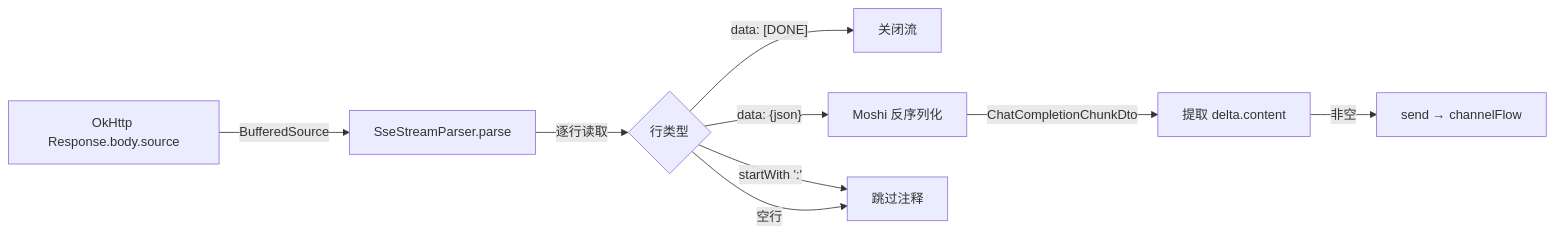
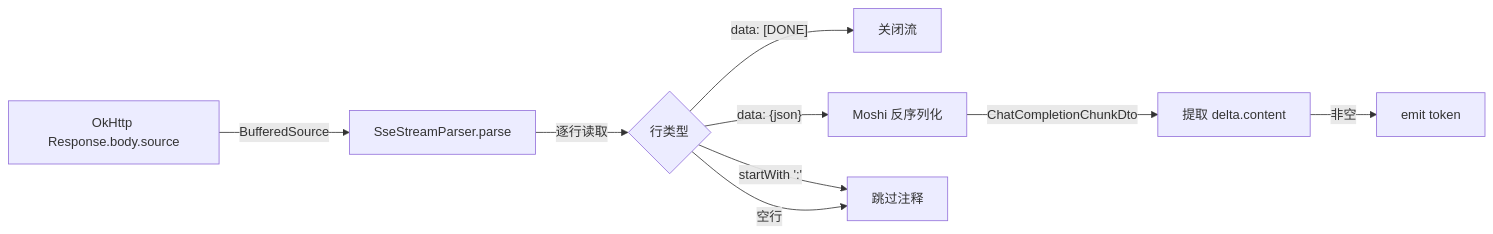
One commit to stuid-maker/pocketpdf-android changed diagram 13 of 21 in docs/ARCHITECTURE.md. Above: the diagram before and after it, drawn with Mermaid. The commit also changed other lines of this file and 33 other files, not shown here.

````diff
--- a/docs/ARCHITECTURE.md
+++ b/docs/ARCHITECTURE.md
@@ -409,11 +407,11 @@
 ```mermaid
 flowchart LR
     A[OkHttp Response.body.source] -->|BufferedSource| B[SseStreamParser.parse]
     B -->|逐行读取| C{行类型}
     C -->|"data: [DONE]"| D[关闭流]
     C -->|"data: {json}"| E[Moshi 反序列化]
     E -->|ChatCompletionChunkDto| F[提取 delta.content]
-    F -->|非空| G[send → channelFlow]
+    F -->|非空| G[emit token]
     C -->|"startWith ':'"| H[跳过注释]
     C -->|空行| H
 ```
````
